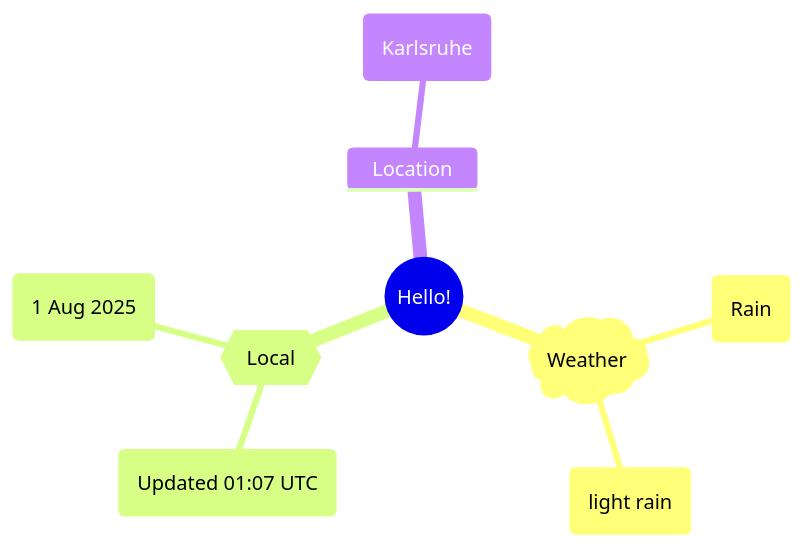
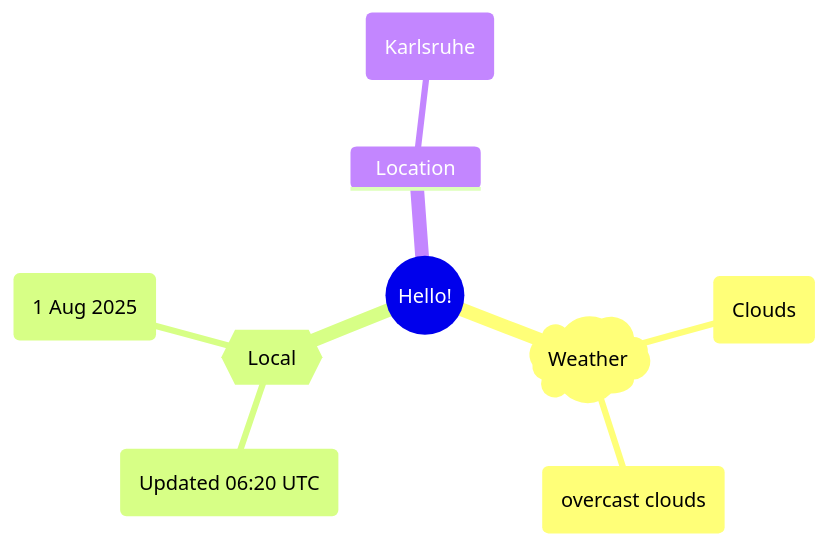
One commit to Xosrov/Xosrov changed the first of 2 diagrams in README.md. Above: the diagram before and after it, drawn with Mermaid.

Commit message:
[bot] updated images

````diff
--- a/README.md
+++ b/README.md
@@ -3,12 +3,12 @@
 ```mermaid
 mindmap
   root((Hello!))
     )Weather(
-        (Rain)
-        (light rain)
+        (Clouds)
+        (overcast clouds)
     {{Local}}
-        (Updated 01:07 UTC)
+        (Updated 06:20 UTC)
         (1 Aug 2025)
     Location
         (Karlsruhe)
 ```
````
